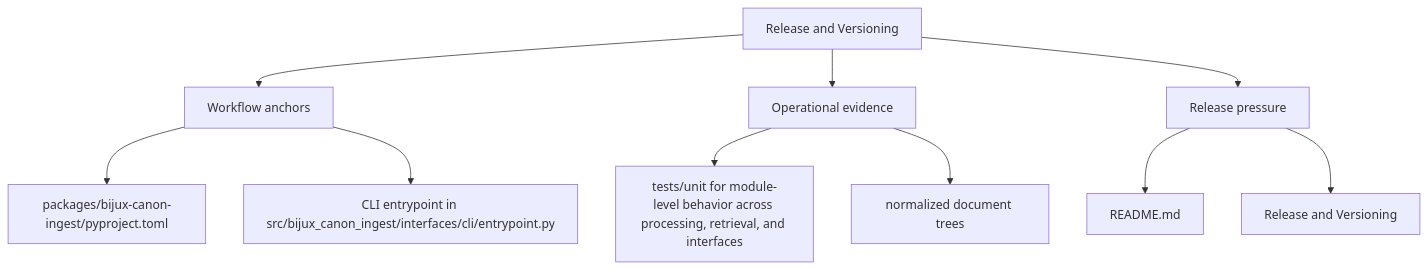
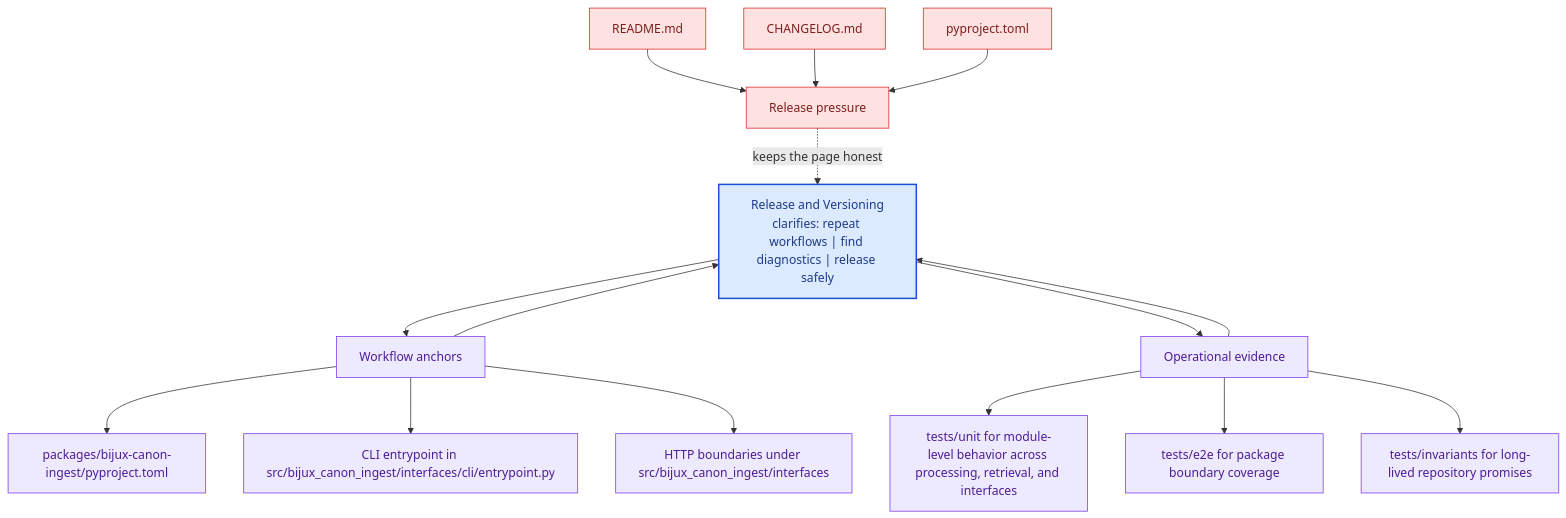
Before and after one commit to bijux/bijux-canon: the second of 2 diagrams in docs/bijux-canon-ingest/operations/release-and-versioning.md, drawn with Mermaid. The commit also changed other lines of this file and 281 other files, not shown here.

Commit message:
docs(diagrams): deepen handbook mermaid maps across the catalog

````diff
--- a/docs/bijux-canon-ingest/operations/release-and-versioning.md
+++ b/docs/bijux-canon-ingest/operations/release-and-versioning.md
@@ -35,22 +68,41 @@
 ```mermaid
-flowchart TD
-    page["Release and Versioning"]
+flowchart TB
+    promise["Release and Versioning<br/>clarifies: repeat workflows | find diagnostics | release safely"]
+    classDef promise fill:#dbeafe,stroke:#1d4ed8,color:#1e3a8a,stroke-width:2px;
+    classDef driver fill:#dcfce7,stroke:#16a34a,color:#14532d;
+    classDef constraint fill:#fee2e2,stroke:#dc2626,color:#7f1d1d;
+    classDef ground fill:#ede9fe,stroke:#7c3aed,color:#4c1d95;
     focus1["Workflow anchors"]
-    page --> focus1
+    focus1 --> promise
+    promise --> focus1
     focus1_1["packages/bijux-canon-ingest/pyproject.toml"]
     focus1 --> focus1_1
     focus1_2["CLI entrypoint in src/bijux_canon_ingest/interfaces/cli/entrypoint.py"]
     focus1 --> focus1_2
+    focus1_3["HTTP boundaries under src/bijux_canon_ingest/interfaces"]
+    focus1 --> focus1_3
+    class focus1 ground;
+    class focus1_1,focus1_2,focus1_3 ground;
     focus2["Operational evidence"]
-    page --> focus2
+    focus2 --> promise
+    promise --> focus2
     focus2_1["tests/unit for module-level behavior across processing, retrieval, and interfaces"]
     focus2 --> focus2_1
-    focus2_2["normalized document trees"]
+    focus2_2["tests/e2e for package boundary coverage"]
     focus2 --> focus2_2
+    focus2_3["tests/invariants for long-lived repository promises"]
+    focus2 --> focus2_3
+    class focus2 ground;
+    class focus2_1,focus2_2,focus2_3 ground;
     focus3["Release pressure"]
-    page --> focus3
+    focus3 -.keeps the page honest.-> promise
     focus3_1["README.md"]
-    focus3 --> focus3_1
-    focus3_2["Release and Versioning"]
-    focus3 --> focus3_2
+    focus3_1 --> focus3
+    focus3_2["CHANGELOG.md"]
+    focus3_2 --> focus3
+    focus3_3["pyproject.toml"]
+    focus3_3 --> focus3
+    class focus3 constraint;
+    class focus3_1,focus3_2,focus3_3 constraint;
+    class promise promise;
 ```
````
